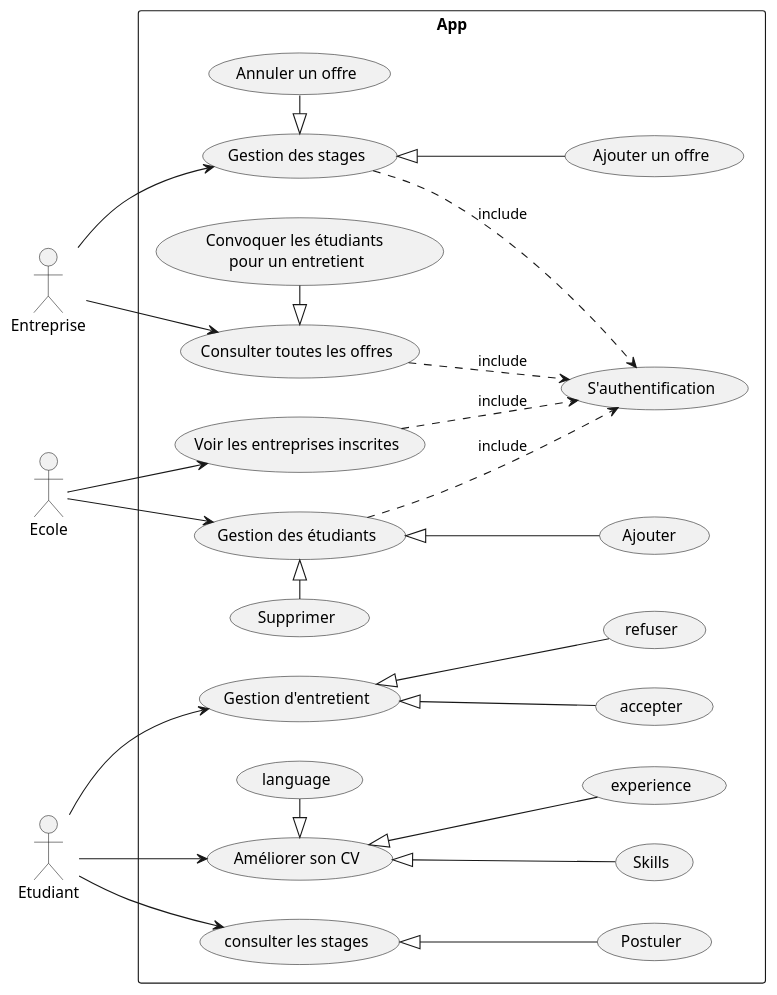
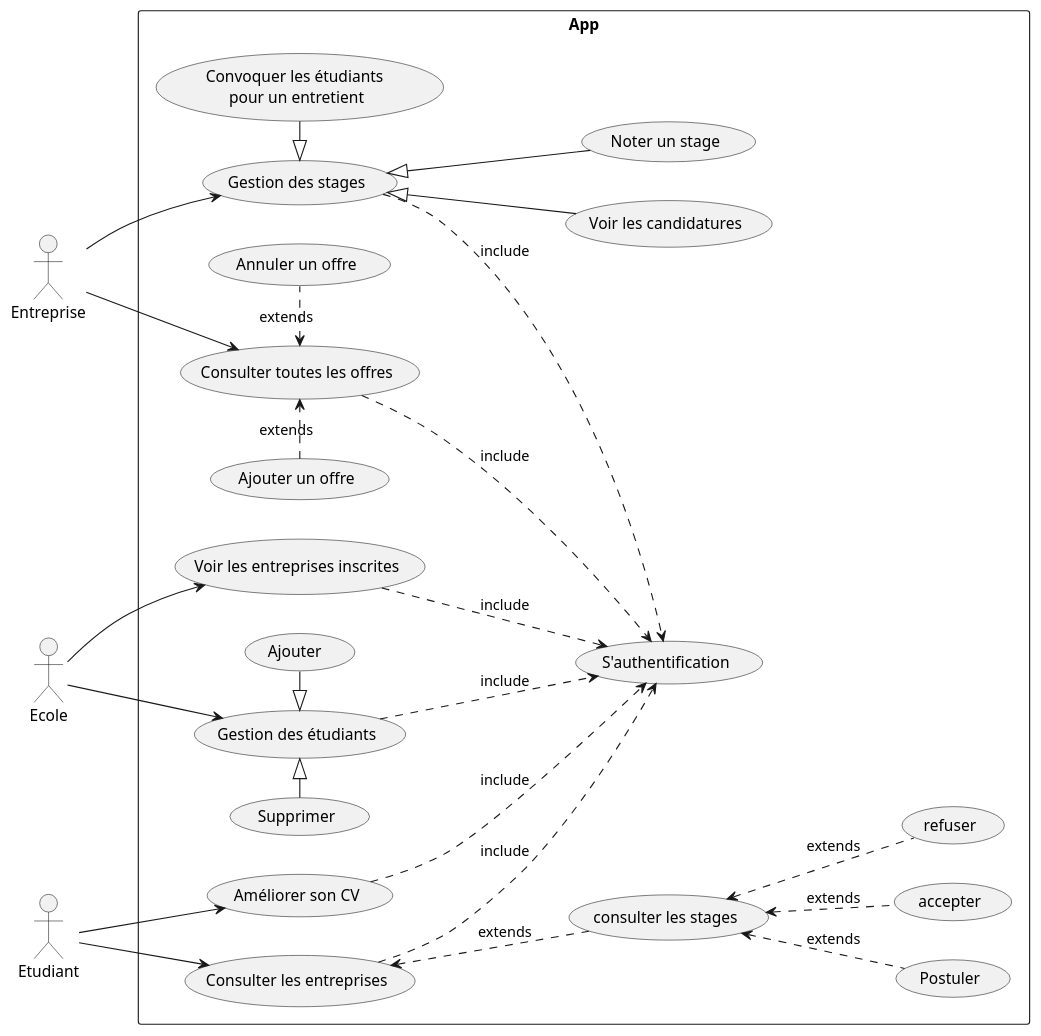
Before and after one commit to mhamedouadghiri/ProjetJEE: the diagram in Resources/UC.plantuml, drawn with PlantUML.

Commit message:
update UC UML

```diff
--- a/Resources/UC.plantuml
+++ b/Resources/UC.plantuml
@@ -1,49 +1,56 @@
 @startuml ProjetJEE
 left to right direction
 actor "Entreprise" as fc
 actor "Ecole" as EC
 actor "Etudiant" as ET
 rectangle App {
   usecase "Gestion des stages" as UC1
   usecase "Ajouter un offre" as UC2
   usecase "Annuler un offre" as UC3
   usecase "Consulter toutes les offres" as UC4
   usecase (Convoquer les étudiants \npour un entretient) as UC5
   usecase "S'authentification" as UC6
   usecase "Voir les entreprises inscrites" as UC7
   usecase "Gestion des étudiants" as UC8
   usecase "Ajouter " as UC9
   usecase "Supprimer" as UC10
   usecase "Améliorer son CV" as UC11
-  usecase "experience" as UC12
-  usecase "language" as UC13
-  usecase "Skills" as UC14
-  usecase "consulter les stages" as UC15
+  usecase "Consulter les entreprises" as UC15
   usecase "Postuler" as UC16
-  usecase "Gestion d'entretient" as UC17
   usecase "accepter" as UC18
   usecase "refuser" as UC19
+  usecase "consulter les stages" as UC22
+  usecase "Noter un stage" as UC23
+  usecase "Voir les candidatures" as UC24
 }
-EC --> UC7
+' Pour l'entreprise
 fc --> UC1
 fc --> UC4 
-UC1 <|-down-UC2 
-UC1 <|-UC3
-UC4 <|-UC5
+UC4 <.left. UC2 :extends
+UC4 <.UC3 :extends
+UC1 <|- UC5
+UC1 <|-down- UC23
+UC1 <|-down- UC24
+
+' Pour l'école
+EC --> UC7
+EC --> UC8
+UC8 <|-right- UC9
+UC8 <|-left- UC10
+
+' Pour les authentifications 
 UC1 .down.> UC6:include
 UC4 .down.> UC6:include
-EC --> UC8
-UC8 <|-down- UC9
-UC8 <|-left- UC10
 UC8 .down.> UC6:include
 UC7 .down.> UC6:include
+UC11 .down.> UC6:include
+UC15 .down.> UC6:include
+
+' Pour l'étudiant
 ET --> UC11
-UC11 <|-down- UC12
-UC11 <|- UC13
-UC11 <|-down- UC14
 ET --> UC15
-UC15 <|-down- UC16
-ET --> UC17
-UC17 <|-- UC18
-UC17 <|-- UC19
+UC15 <.down. UC22 :extends
+UC22 <.. UC16 : extends
+UC22 <.down. UC18 : extends
+UC22 <.down. UC19 : extends
 @enduml
```
